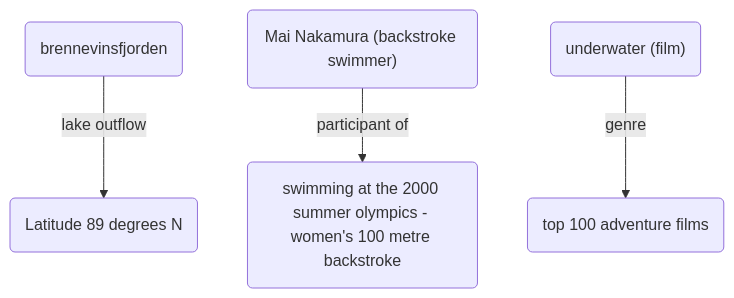
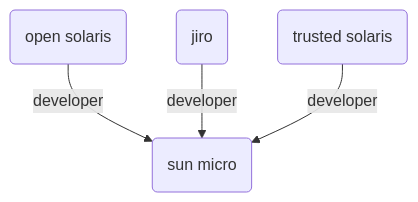
One commit to matapv01/General-Knowledge-Fact-Verification-with-Knowledge-Graphs changed the diagram in Demo_SimGRAG/subgraph_preview.md. Above: the diagram before and after it, drawn with Mermaid. The commit also changed other lines of this file and 8 other files, not shown here.

````diff
--- a/Demo_SimGRAG/subgraph_preview.md
+++ b/Demo_SimGRAG/subgraph_preview.md
@@ -18,6 +18,6 @@
 ```mermaid
 graph TD
-    Nf1e3dd48("brennevinsfjorden") -- "lake outflow" --> N6d9c5ff7("Latitude 89 degrees N")
-    N3f721dee("Mai Nakamura (backstroke swimmer)") -- "participant of" --> Na84ee12b("swimming at the 2000 summer olympics - women's 100 metre backstroke")
-    N72a8b1c6("underwater (film)") -- "genre" --> N98c85f97("top 100 adventure films")
+    N9de6d3fa("open solaris") -- "developer" --> N36b36eab("sun micro")
+    Ne97383b1("jiro") -- "developer" --> N36b36eab("sun micro")
+    N6dc727f9("trusted solaris") -- "developer" --> N36b36eab("sun micro")
 ```
````
